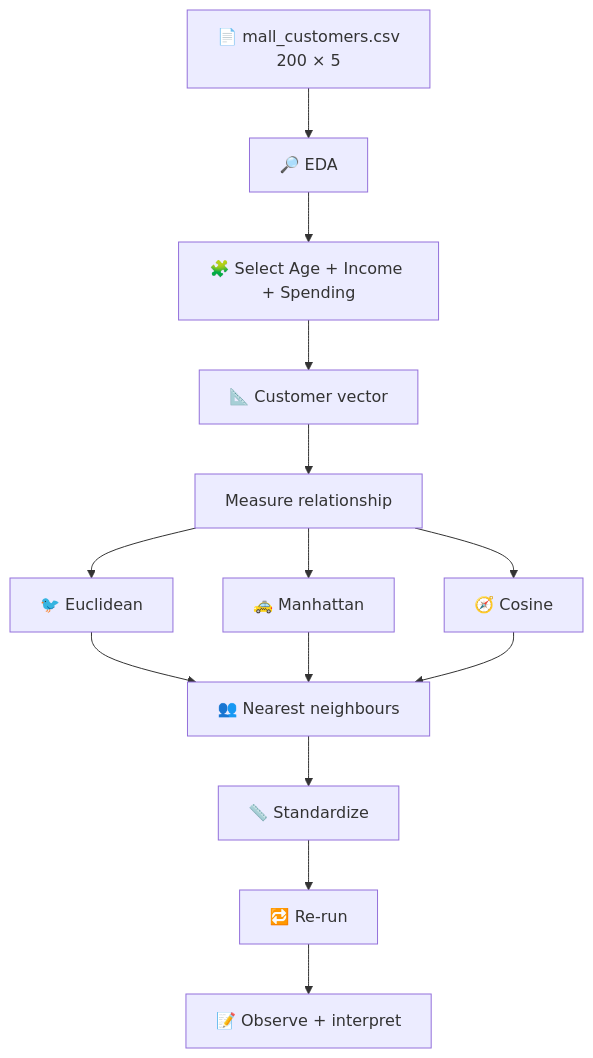
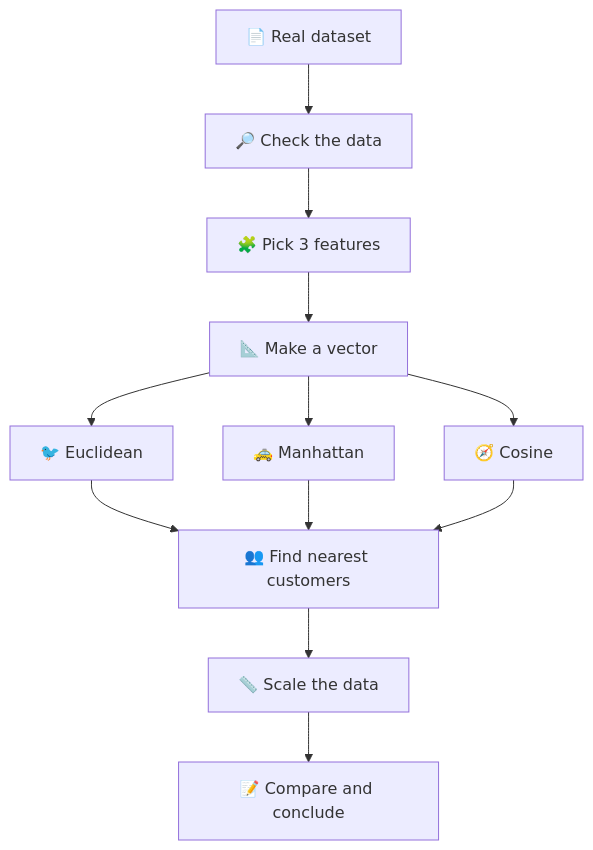
The diagram in Practical-01-EDA-Similarity-Measures/README.md (hiteshjangid-dev/INT396), drawn with Mermaid before and after one commit. The commit also changed other lines of this file, not shown here.

````diff
--- a/Practical-01-EDA-Similarity-Measures/README.md
+++ b/Practical-01-EDA-Similarity-Measures/README.md
@@ -29,16 +9,14 @@
 ```mermaid
 flowchart TB
-    A["📄 mall_customers.csv<br/>200 × 5"] --> B["🔎 EDA"]
-    B --> C["🧩 Select Age + Income + Spending"]
-    C --> D["📐 Customer vector"]
-    D --> E["Measure relationship"]
-    E --> F["🐦 Euclidean"]
-    E --> G["🚕 Manhattan"]
-    E --> H["🧭 Cosine"]
-    F --> I["👥 Nearest neighbours"]
-    G --> I
-    H --> I
-    I --> J["📏 Standardize"]
-    J --> K["🔁 Re-run"]
-    K --> L["📝 Observe + interpret"]
+    A["📄 Real dataset"] --> B["🔎 Check the data"]
+    B --> C["🧩 Pick 3 features"]
+    C --> D["📐 Make a vector"]
+    D --> E["🐦 Euclidean"]
+    D --> F["🚕 Manhattan"]
+    D --> G["🧭 Cosine"]
+    E --> H["👥 Find nearest customers"]
+    F --> H
+    G --> H
+    H --> I["📏 Scale the data"]
+    I --> J["📝 Compare and conclude"]
 ```
````
